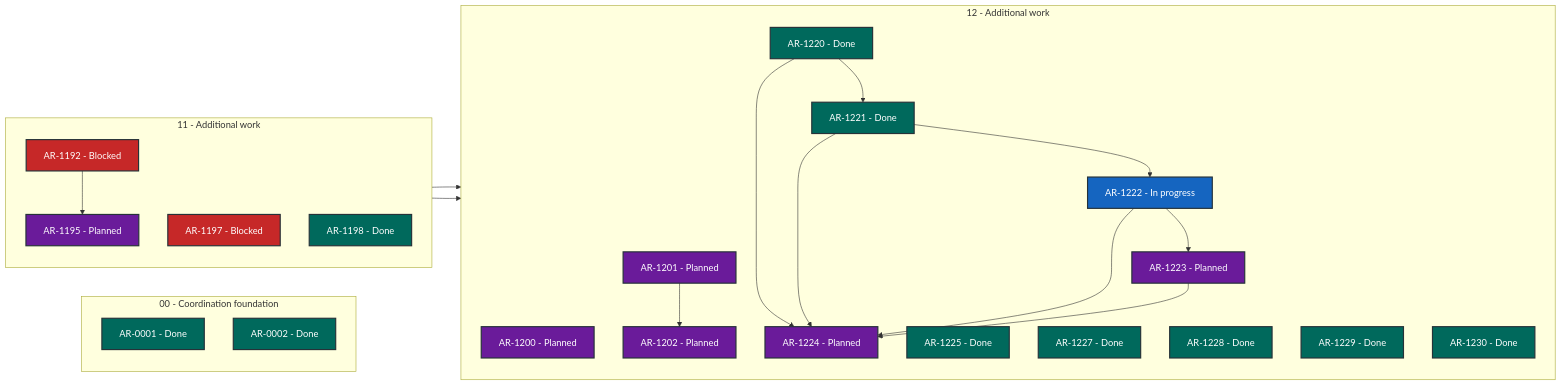
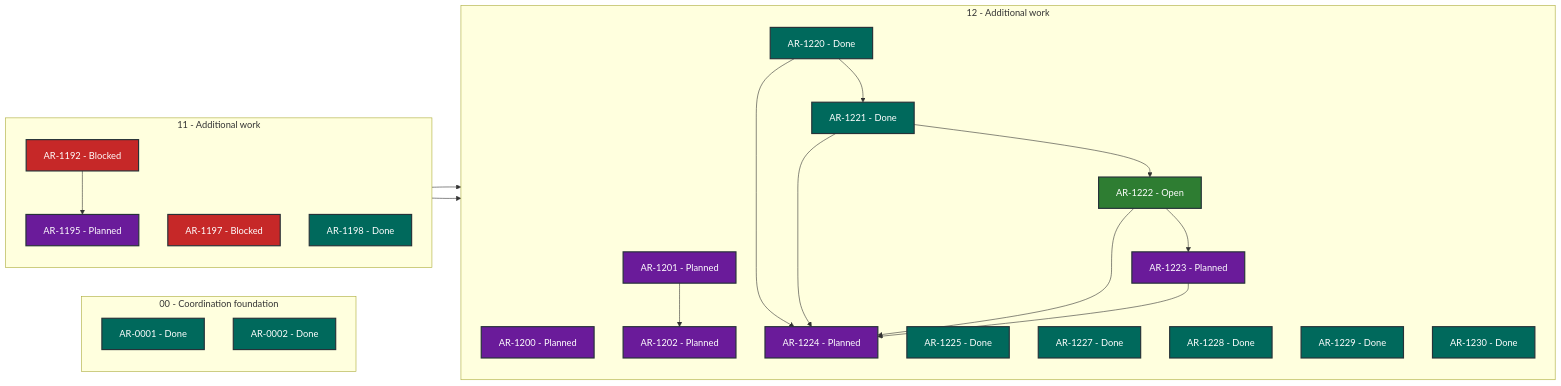
Before and after one commit to martin-beck/asb-tui-state: the diagram in STATUS.md, drawn with Mermaid. The commit also changed other lines of this file and 2 other files, not shown here.

````diff
--- a/STATUS.md
+++ b/STATUS.md
@@ -27,50 +27,50 @@
 ```mermaid
 flowchart LR
     subgraph series_00["00 - Coordination foundation"]
         direction TB
         AR_0001["AR-0001 - Done"]:::status_done
         AR_0002["AR-0002 - Done"]:::status_done
     end
     subgraph series_11["11 - Additional work"]
         direction TB
         AR_1192["AR-1192 - Blocked"]:::status_blocked
         AR_1195["AR-1195 - Planned"]:::status_planned
         AR_1197["AR-1197 - Blocked"]:::status_blocked
         AR_1198["AR-1198 - Done"]:::status_done
     end
     subgraph series_12["12 - Additional work"]
         direction TB
         AR_1200["AR-1200 - Planned"]:::status_planned
         AR_1201["AR-1201 - Planned"]:::status_planned
         AR_1202["AR-1202 - Planned"]:::status_planned
         AR_1220["AR-1220 - Done"]:::status_done
         AR_1221["AR-1221 - Done"]:::status_done
-        AR_1222["AR-1222 - In progress"]:::status_in_progress
+        AR_1222["AR-1222 - Open"]:::status_open
         AR_1223["AR-1223 - Planned"]:::status_planned
         AR_1224["AR-1224 - Planned"]:::status_planned
         AR_1225["AR-1225 - Done"]:::status_done
         AR_1227["AR-1227 - Done"]:::status_done
         AR_1228["AR-1228 - Done"]:::status_done
         AR_1229["AR-1229 - Done"]:::status_done
         AR_1230["AR-1230 - Done"]:::status_done
     end
     AR_1192 --> AR_1195
     AR_1195 --> AR_1200
     AR_1197 --> AR_1201
     AR_1201 --> AR_1202
     AR_1220 --> AR_1221
     AR_1220 --> AR_1224
     AR_1221 --> AR_1222
     AR_1221 --> AR_1224
     AR_1222 --> AR_1223
     AR_1222 --> AR_1224
     AR_1223 --> AR_1224
     classDef status_in_progress fill:#1565c0,color:#ffffff,stroke:#263238,stroke-width:2px
     classDef status_open fill:#2e7d32,color:#ffffff,stroke:#263238,stroke-width:2px
     classDef status_blocked fill:#c62828,color:#ffffff,stroke:#263238,stroke-width:2px
     classDef status_planned fill:#6a1b9a,color:#ffffff,stroke:#263238,stroke-width:2px
     classDef status_future fill:#455a64,color:#ffffff,stroke:#263238,stroke-width:2px
     classDef status_done fill:#00695c,color:#ffffff,stroke:#263238,stroke-width:2px
     classDef status_cancelled fill:#616161,color:#ffffff,stroke:#263238,stroke-width:2px
     classDef status_superseded fill:#5d4037,color:#ffffff,stroke:#263238,stroke-width:2px
 ```
````
